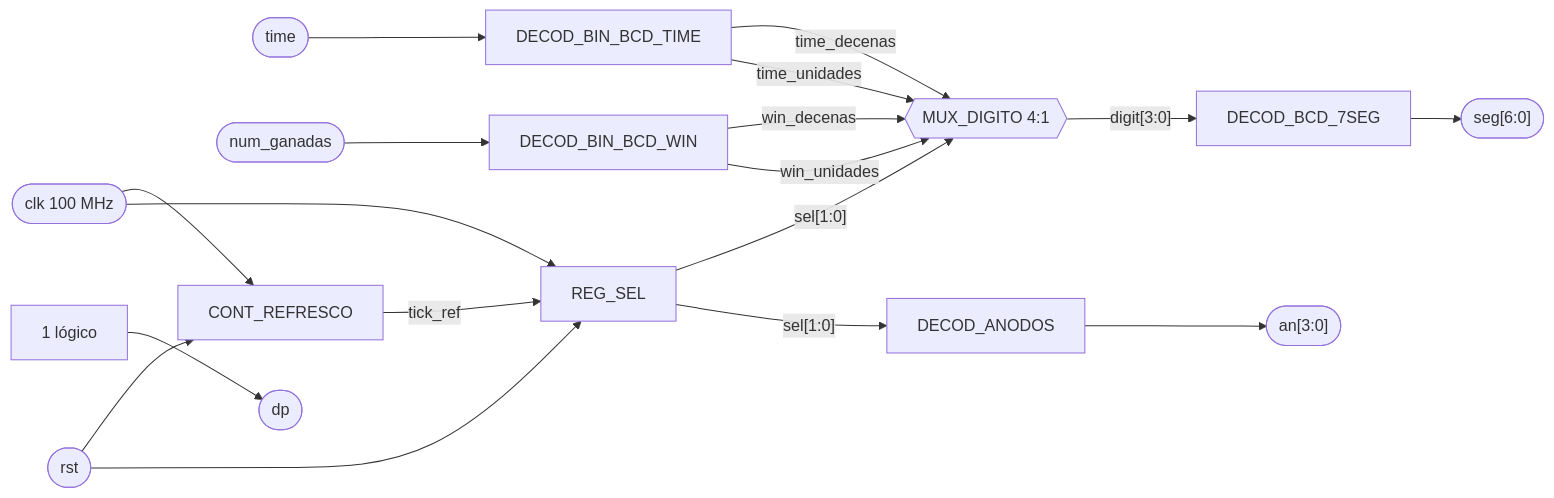
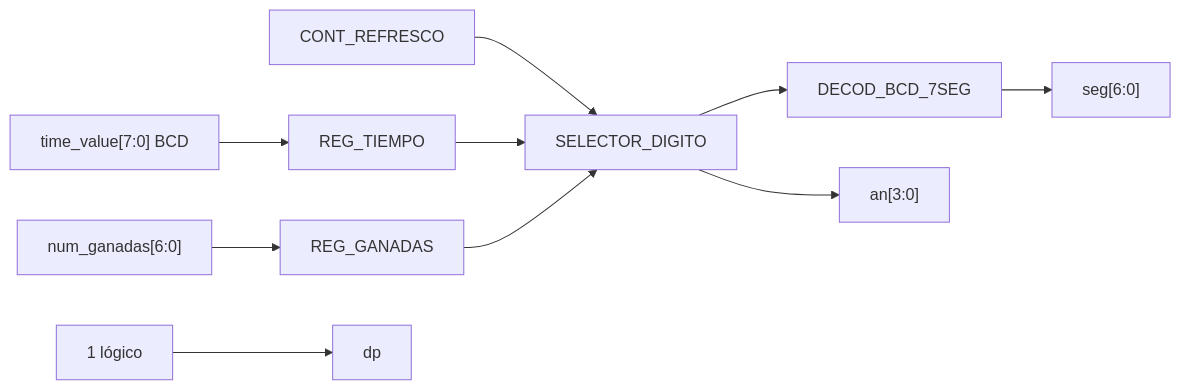
One commit to Taller-de-diseno-digital-GR01/Proyecto-2-Ahorcado changed the diagram in docs/diseño/modulos/M01_Marcador.md. Above: the diagram before and after it, drawn with Mermaid. The commit also changed other lines of this file and 11 other files, not shown here.

````diff
--- a/docs/diseño/modulos/M01_Marcador.md
+++ b/docs/diseño/modulos/M01_Marcador.md
@@ -161,28 +7,12 @@
 ```mermaid
 flowchart LR
-
-    TIME(["time"]) --> BCD_T["DECOD_BIN_BCD_TIME"]
-    WIN(["num_ganadas"]) --> BCD_W["DECOD_BIN_BCD_WIN"]
-
-    BCD_T -->|"time_decenas"| MUX{{"MUX_DIGITO 4:1"}}
-    BCD_T -->|"time_unidades"| MUX
-    BCD_W -->|"win_decenas"| MUX
-    BCD_W -->|"win_unidades"| MUX
-
-    CLK(["clk 100 MHz"]) --> CNT["CONT_REFRESCO"]
-    RST(["rst"]) --> CNT
-
-    CNT -->|"tick_ref"| SEL["REG_SEL"]
-    CLK --> SEL
-    RST --> SEL
-
-    SEL -->|"sel[1:0]"| MUX
-    SEL -->|"sel[1:0]"| DEC_AN["DECOD_ANODOS"]
-
-    MUX -->|"digit[3:0]"| DEC_SEG["DECOD_BCD_7SEG"]
-
-    DEC_SEG --> SEG(["seg[6:0]"])
-    DEC_AN --> AN(["an[3:0]"])
-
-    ONE["1 lógico"] --> DP(["dp"])
+        T["time_value[7:0] BCD"] --> RT["REG_TIEMPO"]
+        W["num_ganadas[6:0]"] --> RW["REG_GANADAS"]
+        C["CONT_REFRESCO"] --> S["SELECTOR_DIGITO"]
+        RT --> S
+        RW --> S
+        S --> D["DECOD_BCD_7SEG"]
+        D --> SEG["seg[6:0]"]
+        S --> AN["an[3:0]"]
+        ONE["1 lógico"] --> DP["dp"]
 ```
````
